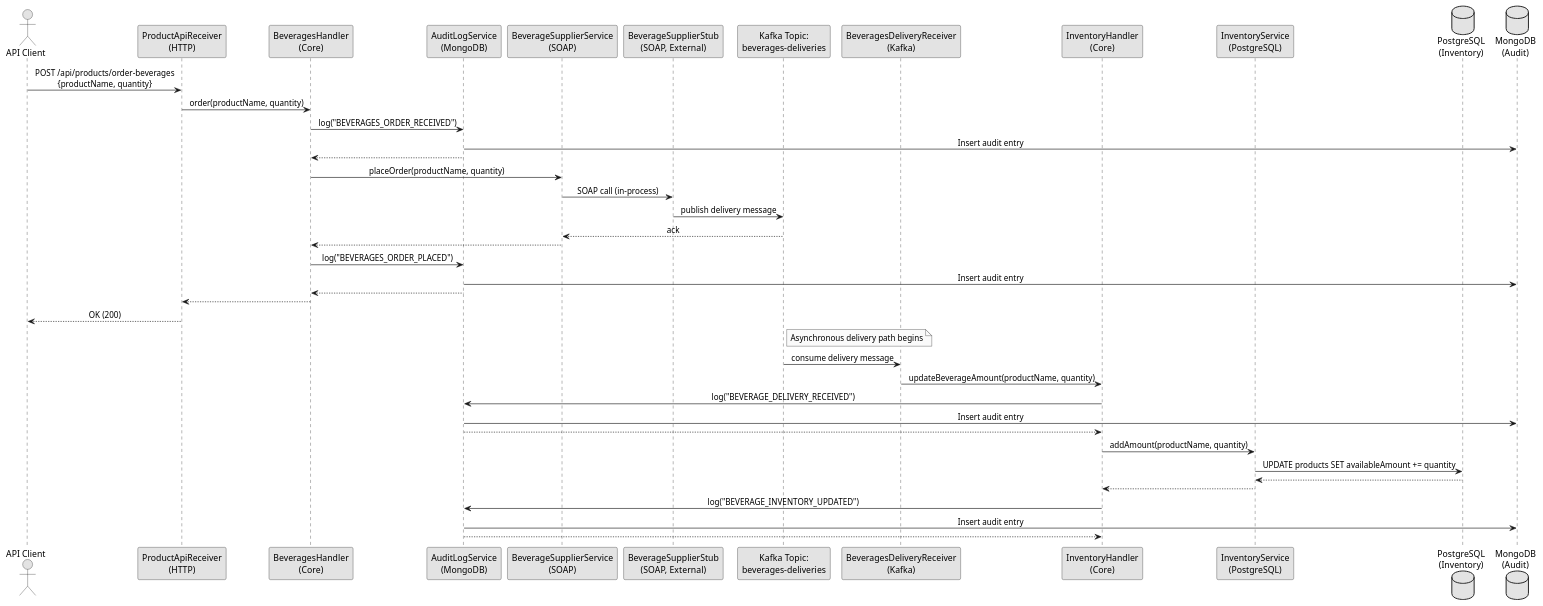
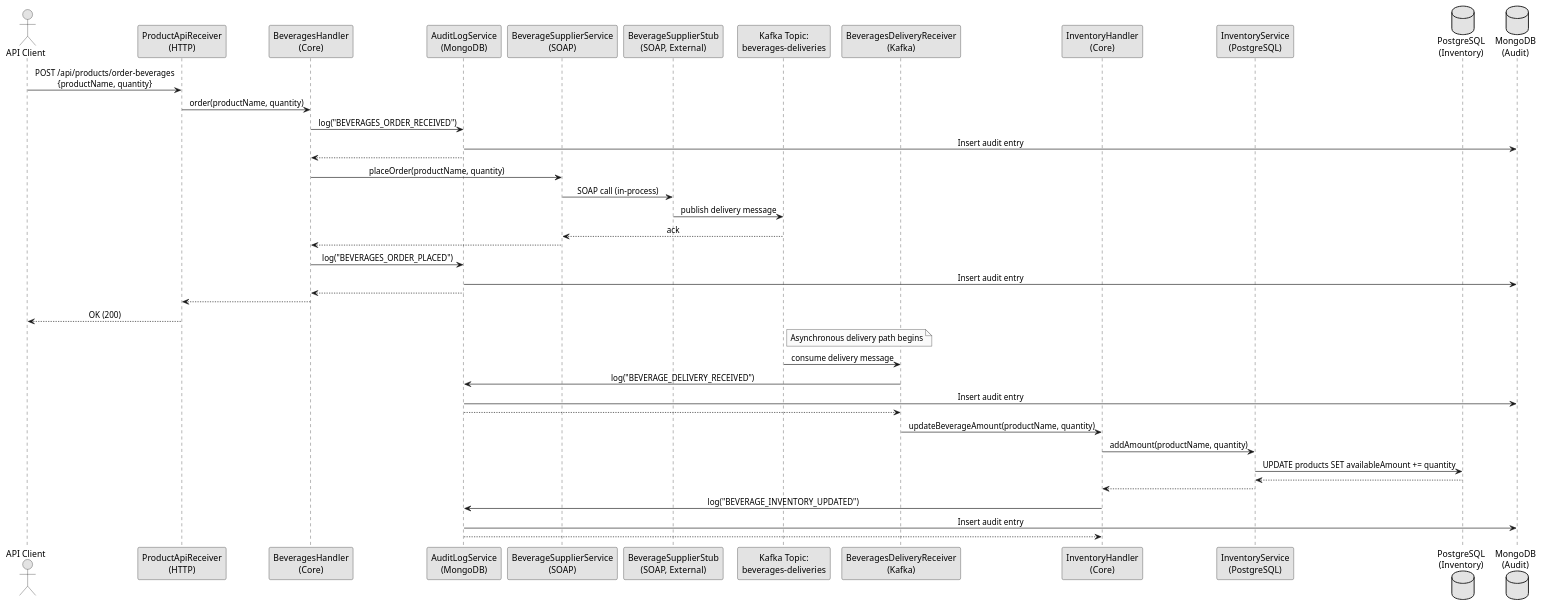
One commit to svene/2026-07-26_quarkus-hexagon-demo-mm-per-tech changed the diagram in docs/architecture/flows/api-order-beverages.puml. Above: the diagram before and after it, drawn with PlantUML. The commit also changed 24 other files, not shown here.

```diff
--- a/docs/architecture/flows/api-order-beverages.puml
+++ b/docs/architecture/flows/api-order-beverages.puml
@@ -1,52 +1,52 @@
 @startuml api_order_beverages
 skinparam monochrome true
 skinparam sequenceMessageAlign center
 skinparam backgroundColor #ffffff
 
 actor "API Client" as user
 participant "ProductApiReceiver\n(HTTP)" as receiver
 participant "BeveragesHandler\n(Core)" as handler
 participant "AuditLogService\n(MongoDB)" as audit
 participant "BeverageSupplierService\n(SOAP)" as service
 participant "BeverageSupplierStub\n(SOAP, External)" as stub
 participant "Kafka Topic:\nbeverages-deliveries" as kafka_out
 participant "BeveragesDeliveryReceiver\n(Kafka)" as kafka_receiver
 participant "InventoryHandler\n(Core)" as inv_handler
 participant "InventoryService\n(PostgreSQL)" as inventory
 database "PostgreSQL\n(Inventory)" as db_inv
 database "MongoDB\n(Audit)" as db_audit
 
 user -> receiver: POST /api/products/order-beverages\n{productName, quantity}
 receiver -> handler: order(productName, quantity)
 handler -> audit: log("BEVERAGES_ORDER_RECEIVED")
 audit -> db_audit: Insert audit entry
 audit --> handler
 handler -> service: placeOrder(productName, quantity)
 service -> stub: SOAP call (in-process)
 stub -> kafka_out: publish delivery message
 kafka_out --> service: ack
 service --> handler
 handler -> audit: log("BEVERAGES_ORDER_PLACED")
 audit -> db_audit: Insert audit entry
 audit --> handler
 handler --> receiver
 receiver --> user: OK (200)
 
 note right of kafka_out
   Asynchronous delivery path begins
 end note
 
 kafka_out -> kafka_receiver: consume delivery message
+kafka_receiver -> audit: log("BEVERAGE_DELIVERY_RECEIVED")
+audit -> db_audit: Insert audit entry
+audit --> kafka_receiver
 kafka_receiver -> inv_handler: updateBeverageAmount(productName, quantity)
-inv_handler -> audit: log("BEVERAGE_DELIVERY_RECEIVED")
-audit -> db_audit: Insert audit entry
-audit --> inv_handler
 inv_handler -> inventory: addAmount(productName, quantity)
 inventory -> db_inv: UPDATE products SET availableAmount += quantity
 db_inv --> inventory
 inventory --> inv_handler
 inv_handler -> audit: log("BEVERAGE_INVENTORY_UPDATED")
 audit -> db_audit: Insert audit entry
 audit --> inv_handler
 
 @enduml
```
